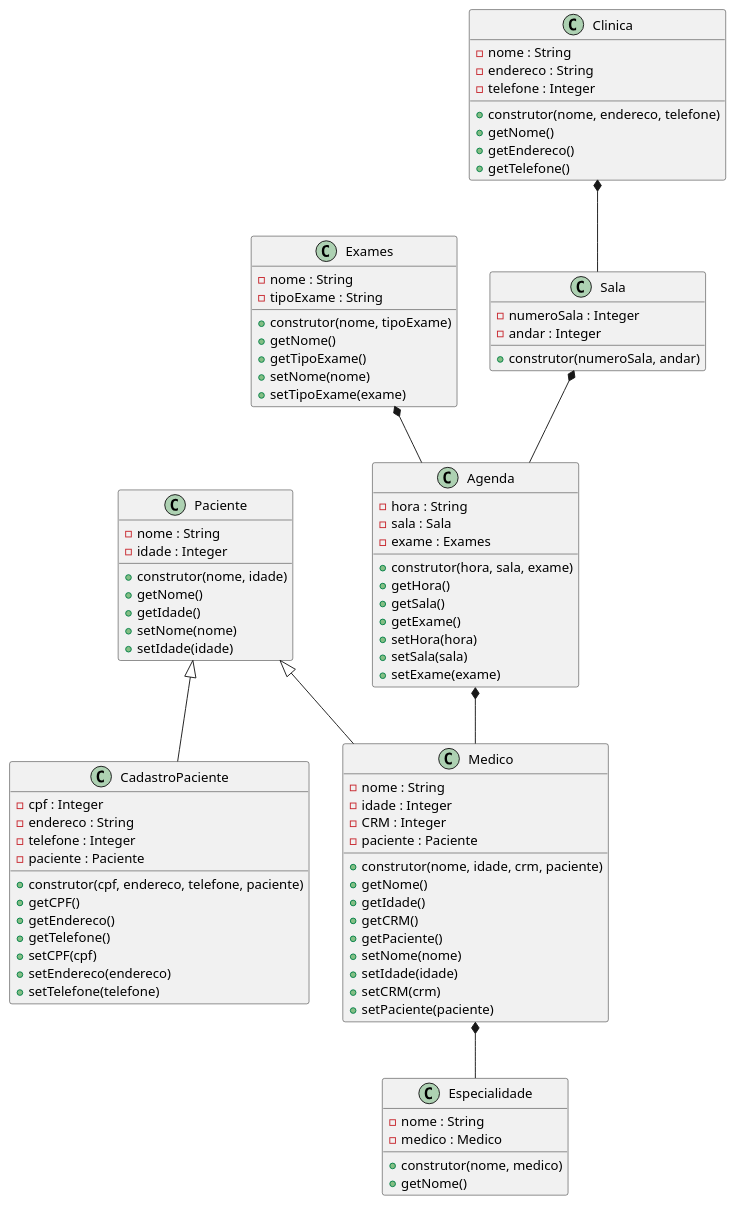
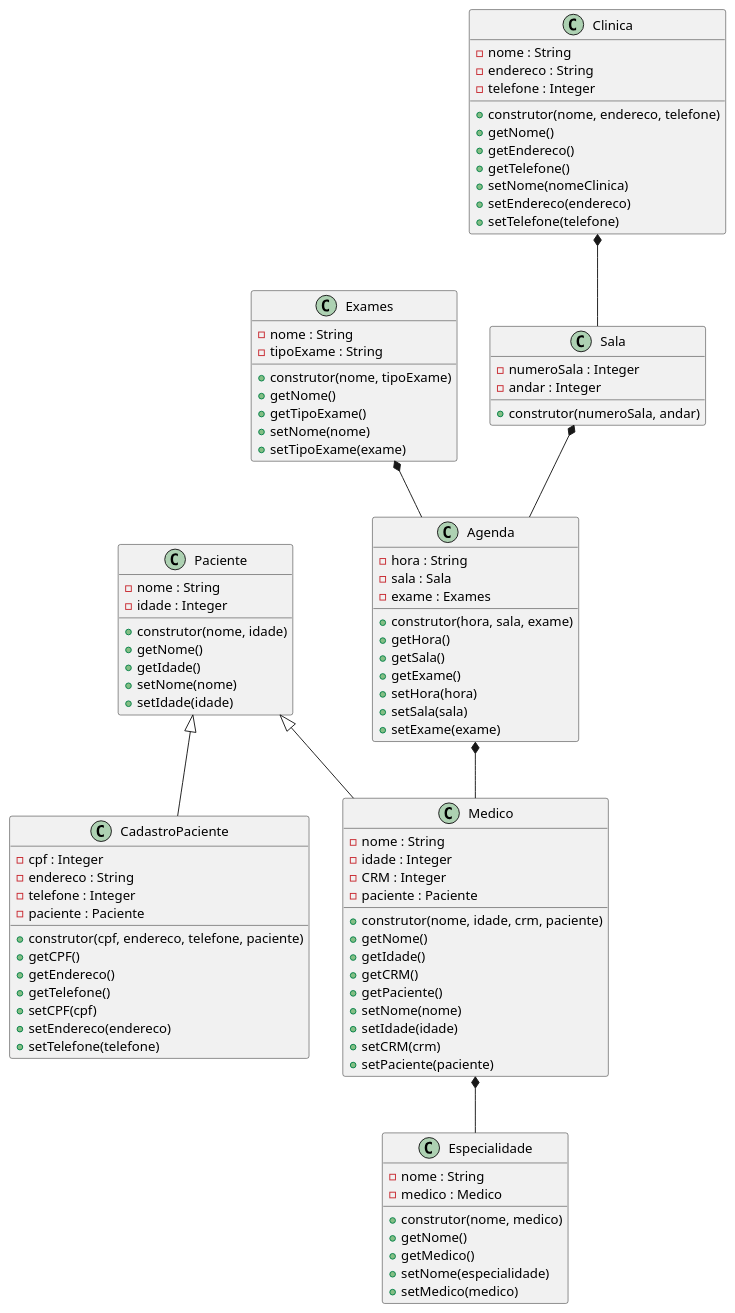
Before and after one commit to anleaes/2022-1-N2-POO-03: the diagram in diagrama.plantuml, drawn with PlantUML.

Commit message:
criado sets na classe clinica

```diff
--- a/diagrama.plantuml
+++ b/diagrama.plantuml
@@ -1,97 +1,103 @@
 @startuml Gerenciamento de Exames Medicos
 
     class Agenda{
         - hora : String
         - sala : Sala
         - exame : Exames
         + construtor(hora, sala, exame)
         + getHora()
         + getSala()
         + getExame()
         + setHora(hora)
         + setSala(sala)
         + setExame(exame)
     }
 
     class Paciente{
         - nome : String
         - idade : Integer
         + construtor(nome, idade)
         + getNome()
         + getIdade()
         + setNome(nome)
         + setIdade(idade)
     }
 
     class CadastroPaciente{
         - cpf : Integer
         - endereco : String
         - telefone : Integer
         - paciente : Paciente
         + construtor(cpf, endereco, telefone, paciente)
         + getCPF()
         + getEndereco()
         + getTelefone()
         + setCPF(cpf)
         + setEndereco(endereco)
         + setTelefone(telefone)
     }
 
     class Medico{
         - nome : String
         - idade : Integer
         - CRM : Integer
         - paciente : Paciente
         + construtor(nome, idade, crm, paciente)
         + getNome()
         + getIdade()
         + getCRM()
         + getPaciente()
         + setNome(nome)
         + setIdade(idade)
         + setCRM(crm)
         + setPaciente(paciente)
     }
 
     class Exames{
         - nome : String
         - tipoExame : String
         + construtor(nome, tipoExame)
         + getNome()
         + getTipoExame()
         + setNome(nome)
         + setTipoExame(exame)
     }
 
     class Especialidade{
         - nome : String
         - medico : Medico
         + construtor(nome, medico)
         + getNome()
+        + getMedico()
+        + setNome(especialidade)
+        + setMedico(medico)
     }
 
     class Clinica{
         - nome : String
         - endereco : String
         - telefone : Integer
         + construtor(nome, endereco, telefone)
         + getNome()
         + getEndereco()
         + getTelefone()
+        + setNome(nomeClinica)
+        + setEndereco(endereco)
+        + setTelefone(telefone)
     }
 
     class Sala{
         - numeroSala : Integer
         - andar : Integer
         + construtor(numeroSala, andar)
     }
 
     Paciente <|-- CadastroPaciente
     Paciente <|-- Medico
     Medico *-- Especialidade
     Exames *-- Agenda
     Sala *-- Agenda
     Agenda *-- Medico
     Clinica *-- Sala
 
 @enduml
```
